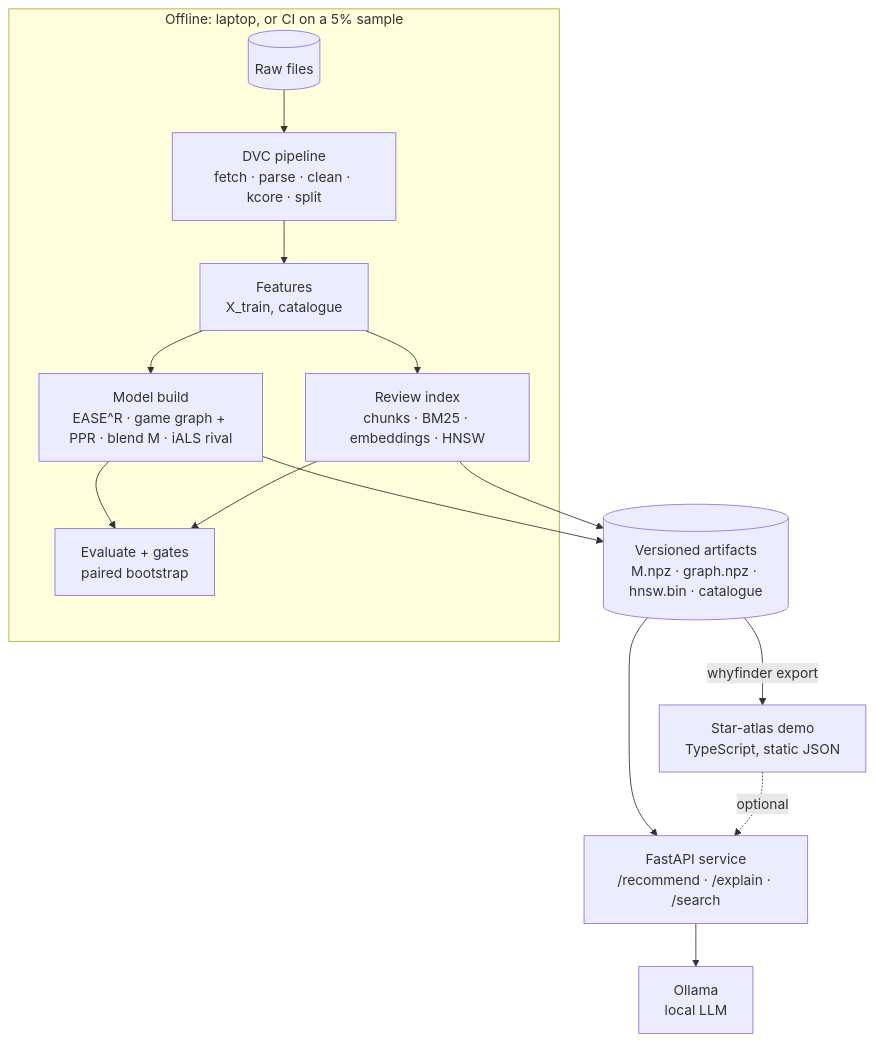
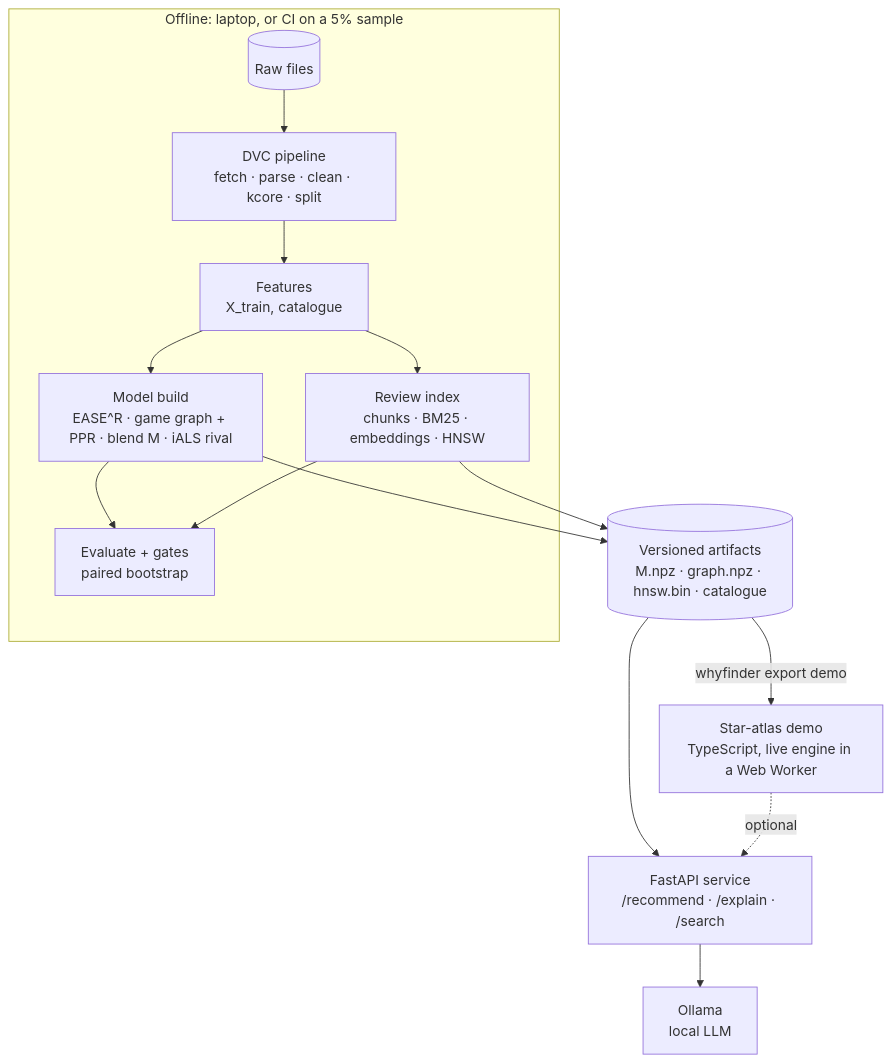
Before and after one commit to robertgeraldsenasin/whyfinder: the second of 3 diagrams in docs/spec/08_ARCHITECTURE.md, drawn with Mermaid. The commit also changed other lines of this file and 13 other files, not shown here.

First line of the commit message:
docs: live in-browser engine built alongside the core, cinematic motion (ADR-0015, ADR-0016) (#2)

````diff
--- a/docs/spec/08_ARCHITECTURE.md
+++ b/docs/spec/08_ARCHITECTURE.md
@@ -21,17 +21,17 @@
 ```mermaid
 flowchart TB
   subgraph offline[Offline: laptop, or CI on a 5% sample]
     raw[(Raw files)] --> dvc[DVC pipeline<br/>fetch · parse · clean · kcore · split]
     dvc --> feat[Features<br/>X_train, catalogue]
     feat --> models[Model build<br/>EASE^R · game graph + PPR · blend M · iALS rival]
     feat --> idx[Review index<br/>chunks · BM25 · embeddings · HNSW]
     models --> eval[Evaluate + gates<br/>paired bootstrap]
     idx --> eval
   end
   models --> art[(Versioned artifacts<br/>M.npz · graph.npz · hnsw.bin · catalogue)]
   idx --> art
   art --> api[FastAPI service<br/>/recommend · /explain · /search]
-  art -->|whyfinder export| web[Star-atlas demo<br/>TypeScript, static JSON]
+  art -->|whyfinder export demo| web[Star-atlas demo<br/>TypeScript, live engine in a Web Worker]
   api --> ollama[Ollama<br/>local LLM]
   web -.->|optional| api
 ```
````
